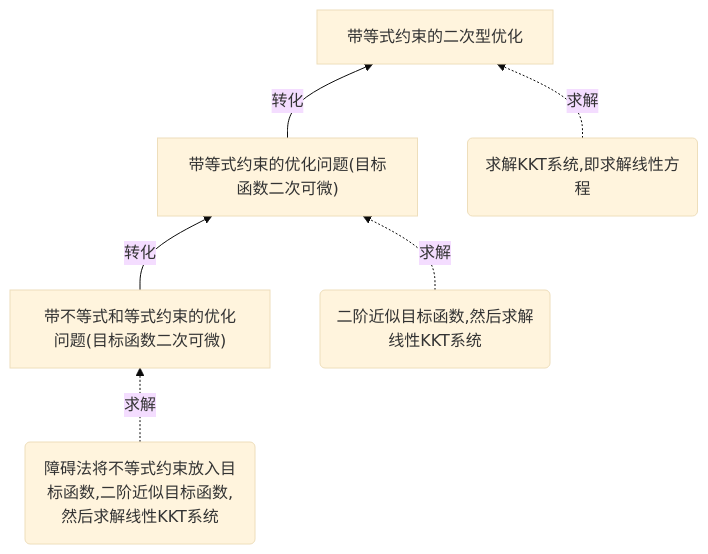
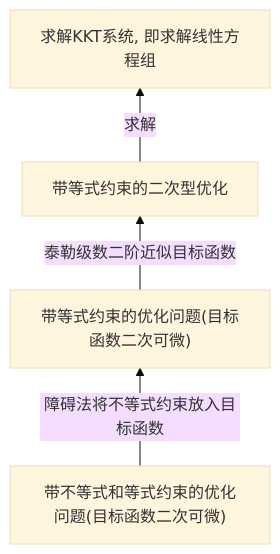
The diagram in 凸优化之有不等式约束的变换-内点法.md (wowotou1998/Convex-Optimization-Notes), drawn with Mermaid (base theme) before and after one commit. The commit also changed other lines of this file, not shown here.

Commit message:
2024-02-13 update

````diff
--- a/凸优化之有不等式约束的变换-内点法.md
+++ b/凸优化之有不等式约束的变换-内点法.md
@@ -9,14 +9,10 @@
  ```mermaid
     graph BT
+    A0["求解KKT系统, 即求解线性方程组"]
     A[带等式约束的二次型优化]
     B["带等式约束的优化问题(目标函数二次可微)"]
     C["带不等式和等式约束的优化问题(目标函数二次可微)"]
-    S1(求解KKT系统,即求解线性方程)
-    S2(二阶近似目标函数,然后求解线性KKT系统)
-    S3(障碍法将不等式约束放入目标函数,二阶近似目标函数,然后求解线性KKT系统)
-    B-->|转化|A
-    C-->|转化|B
-    S1-.->|求解|A
-    S2-.->|求解|B
-    S3-.->|求解|C
+    A-->|求解|A0
+    B-->|泰勒级数二阶近似目标函数|A
+    C-->|障碍法将不等式约束放入目标函数|B
  ```
````
